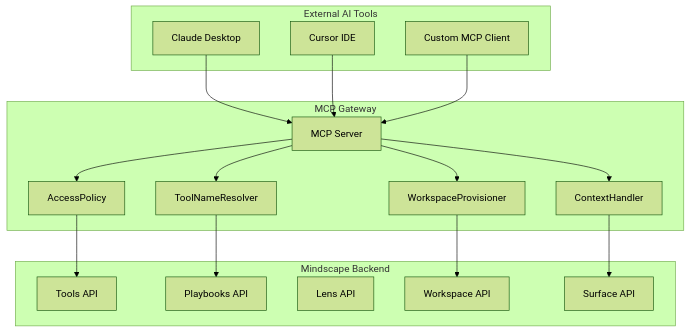
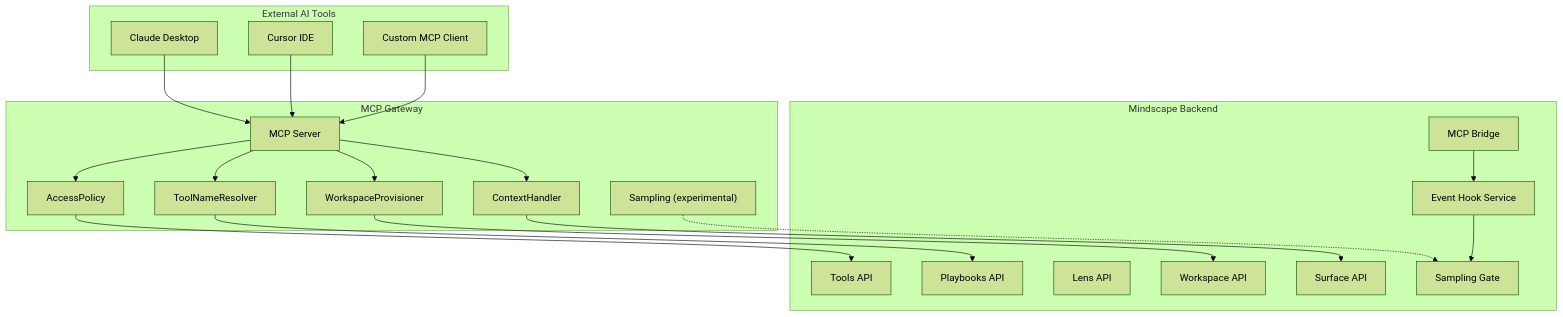
Before and after one commit to HansC-anafter/mindscape-ai-local-core: the first of 2 diagrams in docs/core-architecture/mcp-gateway.md, drawn with Mermaid (forest theme). The commit also changed other lines of this file and 36 other files, not shown here.

````diff
--- a/docs/core-architecture/mcp-gateway.md
+++ b/docs/core-architecture/mcp-gateway.md
@@ -9,38 +9,46 @@
 ```mermaid
 graph TB
     subgraph External["External AI Tools"]
         CD[Claude Desktop]
         CUR[Cursor IDE]
         CUS[Custom MCP Client]
     end
 
     subgraph Gateway["MCP Gateway"]
         MCP[MCP Server]
         WP[WorkspaceProvisioner]
         TR[ToolNameResolver]
         AP[AccessPolicy]
         CH[ContextHandler]
+        SM["Sampling (experimental)"]
     end
 
     subgraph Backend["Mindscape Backend"]
         TOOLS[Tools API]
         PB[Playbooks API]
         LENS[Lens API]
         WS[Workspace API]
         SURF[Surface API]
+        BRIDGE[MCP Bridge]
+        HOOKS[Event Hook Service]
+        GATE[Sampling Gate]
     end
 
     CD --> MCP
     CUR --> MCP
     CUS --> MCP
 
     MCP --> WP
     MCP --> TR
     MCP --> AP
     MCP --> CH
 
     WP --> WS
     TR --> PB
     AP --> TOOLS
     CH --> SURF
+    SM -.-> GATE
+
+    BRIDGE --> HOOKS
+    HOOKS --> GATE
 ```
````
